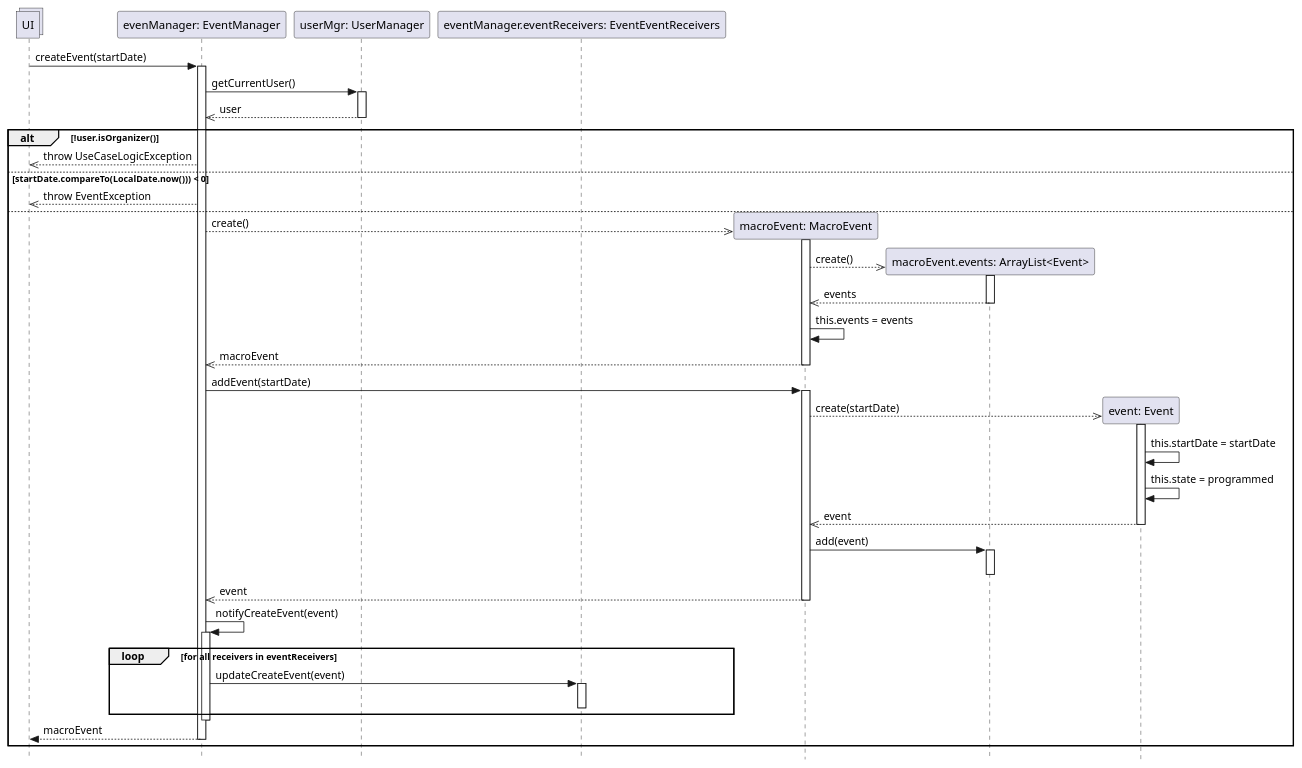
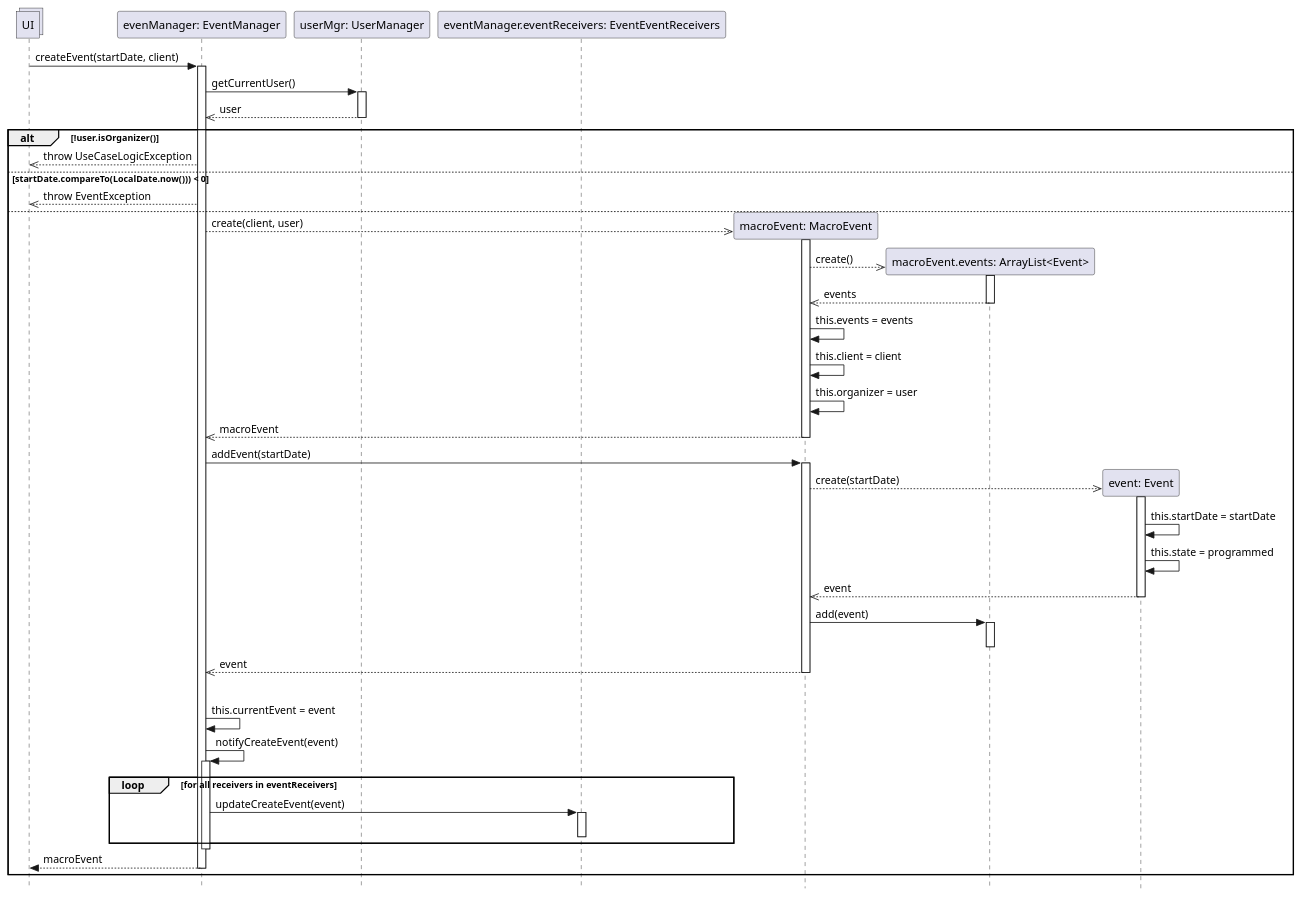
Before and after one commit to stefa168/sas-project: the diagram in UP/Progettazione/UC Gestire Eventi/DSD/DSD Operazione 1.puml, drawn with PlantUML. The commit also changed 2 other files, not shown here.

```diff
--- a/UP/Progettazione/UC Gestire Eventi/DSD/DSD Operazione 1.puml
+++ b/UP/Progettazione/UC Gestire Eventi/DSD/DSD Operazione 1.puml
@@ -1,59 +1,62 @@
 @startuml
 skinparam Style strictuml
 
 collections UI
 participant "evenManager: EventManager" as em
 participant "userMgr: UserManager" as um
 participant "eventManager.eventReceivers: EventEventReceivers" as eer
 
-UI -> em: createEvent(startDate)
+UI -> em: createEvent(startDate, client)
 activate em
     em -> um: getCurrentUser()
     activate um
         em <<-- um: user
     deactivate um
 
     alt !user.isOrganizer()
         UI <<-- em: throw UseCaseLogicException
     else startDate.compareTo(LocalDate.now())) < 0
         UI <<-- em: throw EventException
     else
         participant "macroEvent: MacroEvent" as maev
-        em -->> maev **: create()
+        em -->> maev **: create(client, user)
         activate maev
             participant "macroEvent.events: ArrayList<Event>" as events
             maev -->> events**:create()
             activate events
                 maev <<-- events: events
             deactivate events
             maev -> maev: this.events = events
+            maev -> maev: this.client = client
+            maev -> maev: this.organizer = user
             em <<-- maev: macroEvent
         deactivate maev
 
         em -> maev: addEvent(startDate)
         activate maev
             participant "event: Event" as ev
             maev -->> ev **: create(startDate)
             activate ev
                 ev -> ev: this.startDate = startDate
                 ev -> ev: this.state = programmed
                 maev <<-- ev: event
             deactivate ev
             maev -> events: add(event)
             activate events
             deactivate events
             em <<-- maev: event
         deactivate maev
-
+        |||
+        em -> em: this.currentEvent = event
         em -> em: notifyCreateEvent(event)
         activate em
             loop for all receivers in eventReceivers
                 em -> eer: updateCreateEvent(event)
                 activate eer
                 deactivate eer
             end
         deactivate em
         return macroEvent
     end
 
 @enduml
```
